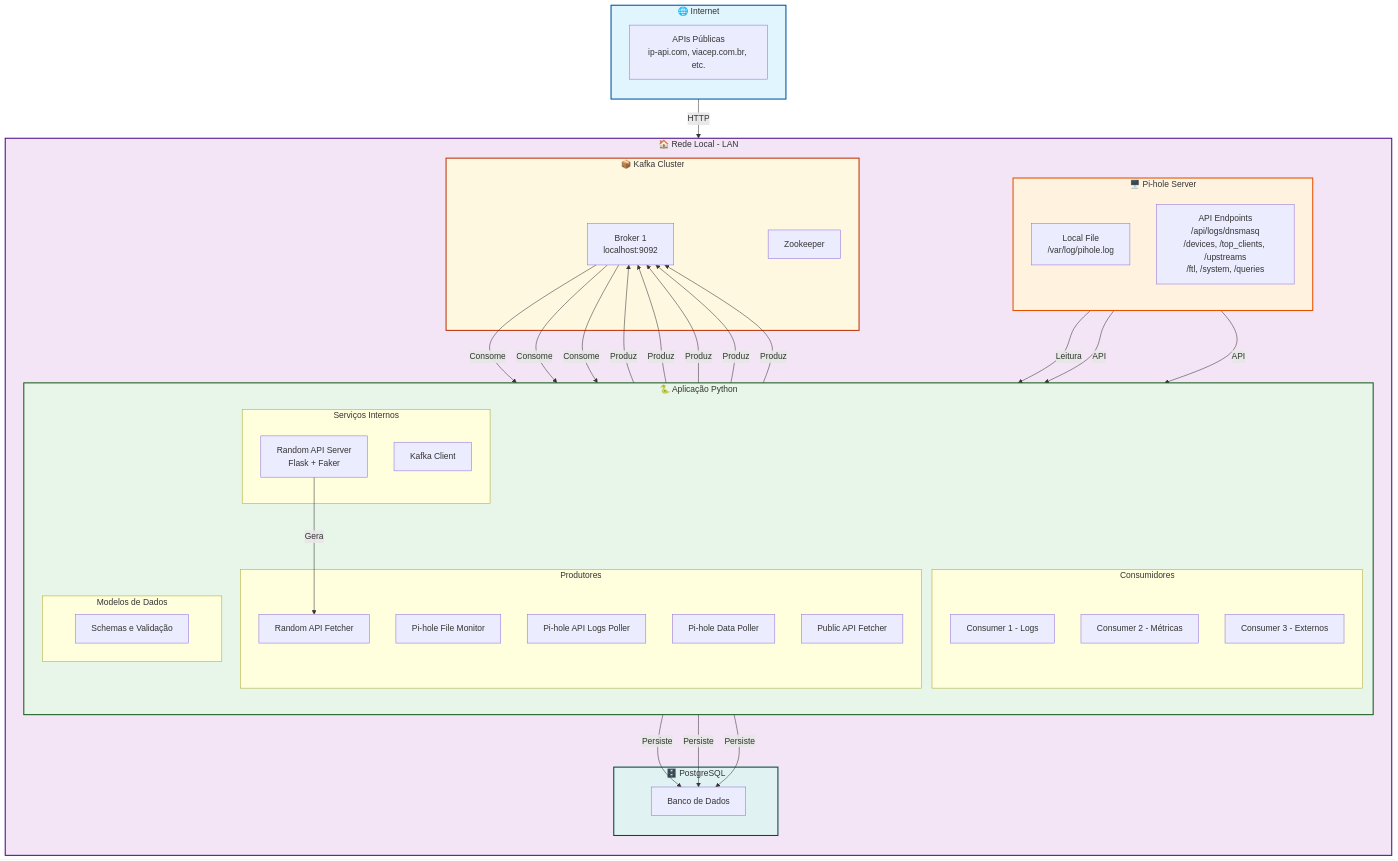
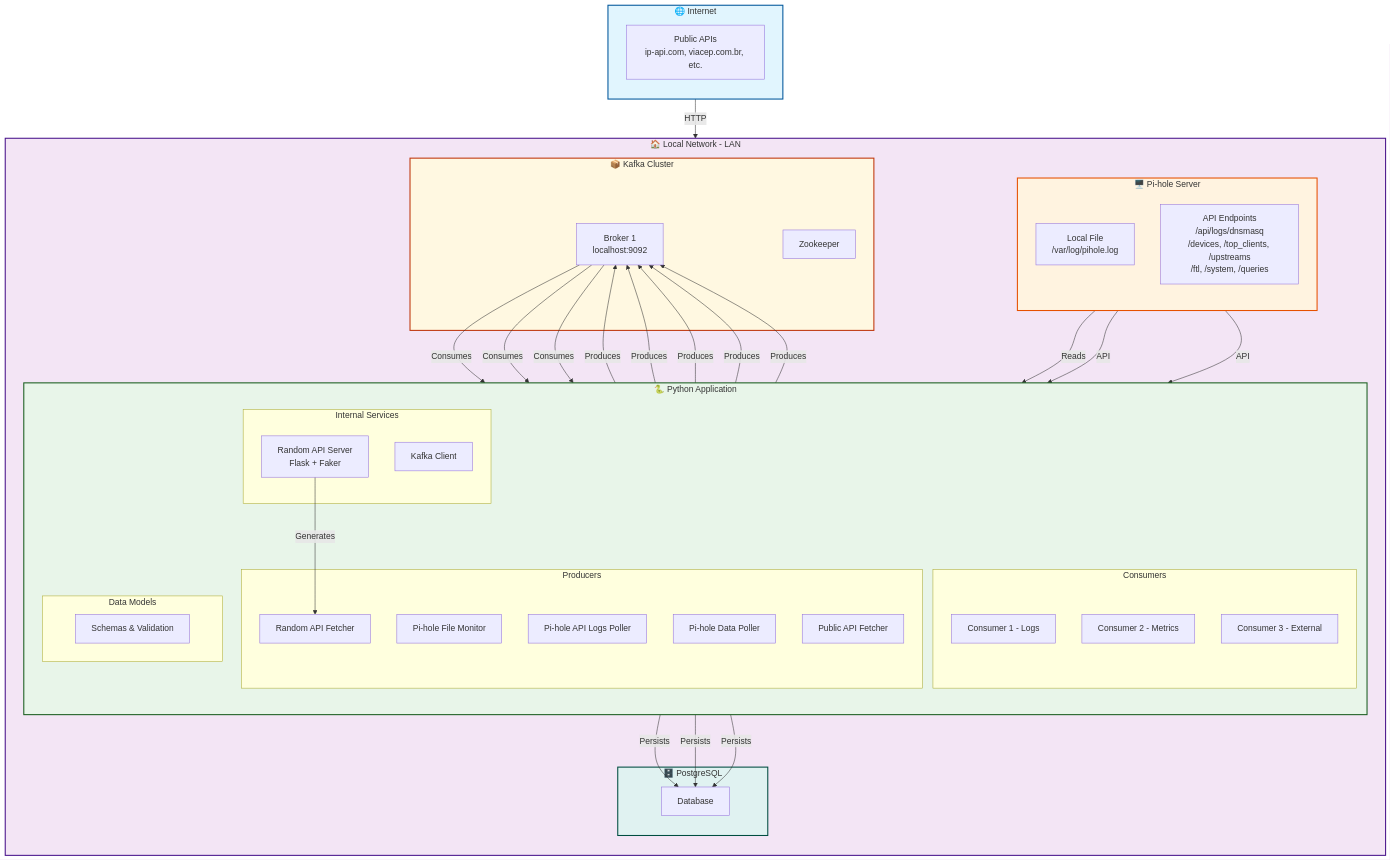
One commit to lucasoldev/kafkanapis changed the first of 2 diagrams in README.md. Above: the diagram before and after it, drawn with Mermaid. The commit also changed other lines of this file and 4 other files, not shown here.

````diff
--- a/README.md
+++ b/README.md
@@ -50,13 +50,13 @@
 ```mermaid
 flowchart TD
-    %% Nuvem da Internet
+    %% Internet Cloud
     subgraph Internet [🌐 Internet]
         direction TB
-        API1[APIs Públicas<br/>ip-api.com, viacep.com.br, etc.]
+        API1[Public APIs<br/>ip-api.com, viacep.com.br, etc.]
     end
 
-    %% Rede Local (LAN)
-    subgraph RedeLocal [🏠 Rede Local - LAN]
+    %% Local Network (LAN)
+    subgraph LocalNetwork [🏠 Local Network - LAN]
         direction TB
         
         subgraph PiHole [🖥️ Pi-hole Server]
@@ -65,10 +65,10 @@
             P2[API Endpoints<br/>/api/logs/dnsmasq<br/>/devices, /top_clients, /upstreams<br/>/ftl, /system, /queries]
         end
 
-        subgraph PythonApp [🐍 Aplicação Python]
+        subgraph PythonApp [🐍 Python Application]
             direction TB
             
-            subgraph Producers [Produtores]
+            subgraph Producers [Producers]
                 PF1[Pi-hole File Monitor]
                 PP1[Pi-hole API Logs Poller]
                 PP2[Pi-hole Data Poller]
@@ -76,19 +76,19 @@
                 PF3[Random API Fetcher]
             end
 
-            subgraph Consumers [Consumidores]
+            subgraph Consumers [Consumers]
                 C1[Consumer 1 - Logs]
-                C2[Consumer 2 - Métricas]
-                C3[Consumer 3 - Externos]
+                C2[Consumer 2 - Metrics]
+                C3[Consumer 3 - External]
             end
             
-            subgraph Services [Serviços Internos]
+            subgraph Services [Internal Services]
                 S1[Random API Server<br/>Flask + Faker]
                 S2[Kafka Client]
             end
             
-            subgraph Models [Modelos de Dados]
-                M1[Schemas e Validação]
+            subgraph Models [Data Models]
+                M1[Schemas & Validation]
             end
         end
 
@@ -98,34 +98,34 @@
         end
 
         subgraph Database [🗄️ PostgreSQL]
-            DB1[Banco de Dados]
+            DB1[Database]
         end
     end
 
-    %% Conexões entre componentes
+    %% Component Connections
     API1 -->|HTTP| PF2
-    PF2 -->|Produz| K1
+    PF2 -->|Produces| K1
     
-    P1 -->|Leitura| PF1
-    PF1 -->|Produz| K1
+    P1 -->|Reads| PF1
+    PF1 -->|Produces| K1
     
     P2 -->|API| PP1
-    PP1 -->|Produz| K1
+    PP1 -->|Produces| K1
     P2 -->|API| PP2
-    PP2 -->|Produz| K1
+    PP2 -->|Produces| K1
     
-    S1 -->|Gera| PF3
-    PF3 -->|Produz| K1
+    S1 -->|Generates| PF3
+    PF3 -->|Produces| K1
 
-    K1 -->|Consome| C1
-    K1 -->|Consome| C2
-    K1 -->|Consome| C3
+    K1 -->|Consumes| C1
+    K1 -->|Consumes| C2
+    K1 -->|Consumes| C3
 
-    C1 -->|Persiste| DB1
-    C2 -->|Persiste| DB1
-    C3 -->|Persiste| DB1
+    C1 -->|Persists| DB1
+    C2 -->|Persists| DB1
+    C3 -->|Persists| DB1
 
-    %% Estilo
+    %% Styles
     classDef internet fill:#e1f5fe,stroke:#01579b,stroke-width:2px
     classDef lan fill:#f3e5f5,stroke:#4a148c,stroke-width:2px
     classDef pihole fill:#fff3e0,stroke:#e65100,stroke-width:2px
@@ -134,7 +134,7 @@
     classDef db fill:#e0f2f1,stroke:#004d40,stroke-width:2px
 
     class Internet internet
-    class RedeLocal lan
+    class LocalNetwork lan
     class PiHole pihole
     class PythonApp python
     class Kafka kafka
````
